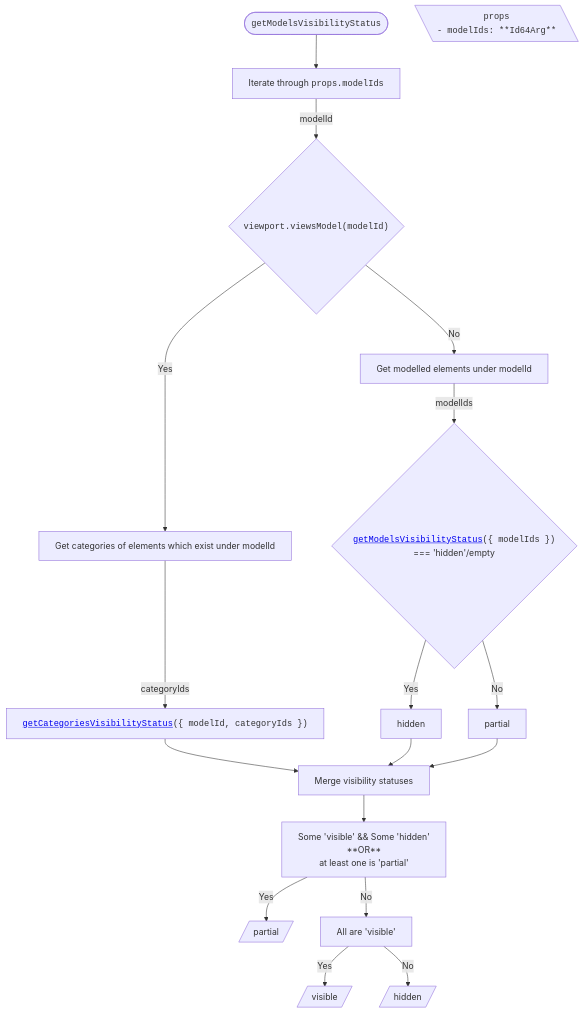
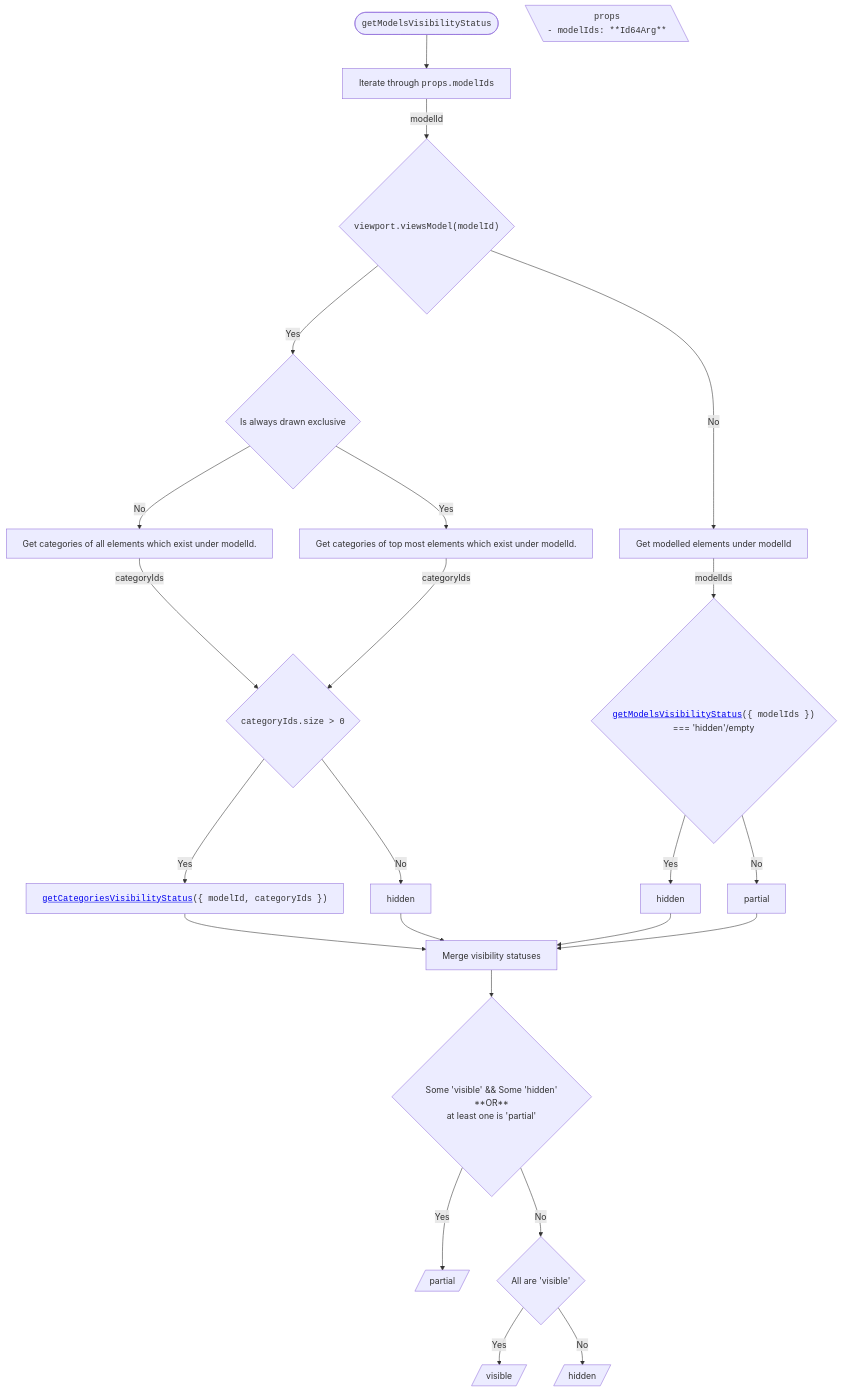
Before and after one commit to iTwin/viewer-components-react: the second of 6 diagrams in packages/itwin/tree-widget/docs/SharedVisibilityHandling.md, drawn with Mermaid. The commit also changed other lines of this file, not shown here.

Commit message:
Address comments

````diff
--- a/packages/itwin/tree-widget/docs/SharedVisibilityHandling.md
+++ b/packages/itwin/tree-widget/docs/SharedVisibilityHandling.md
@@ -75,47 +75,53 @@
 ```mermaid
 ---
 config:
   flowchart:
     wrappingWidth: 750
     useMaxWidth: false
 ---
 
 flowchart TD
   RESULT_Partial[/partial/]
   RESULT_Visible[/visible/]
   RESULT_Hidden[/hidden/]
 
   %% Start
   TITLE(["<code>getModelsVisibilityStatus</code>"]) --> A[Iterate through <code>props.modelIds</code>]
 
   PROPS[\"
     <code>props</code>
     <code style='text-align: left;'>- modelIds: **Id64Arg**</code>
   "\]
 
   A -- modelId --> B{"<code>viewport.viewsModel(modelId)</code>"}
 
   %% Branch Yes
-  B -- Yes --> C1[Get categories of elements which exist under modelId]
-  C1 -- categoryIds --> D1["<code><a href='#getcategoriesvisibilitystatus'>getCategoriesVisibilityStatus</a>({ modelId, categoryIds })</code>"]
+  B -- Yes --> C1{Is always drawn exclusive}
+  C1 -- No --> C11[Get categories of all elements which exist under modelId.]
+  C1 -- Yes --> C12[Get categories of top most elements which exist under modelId.]
+  C11 -- categoryIds --> D0{<code>categoryIds.size > 0<code/>}
+  C12 -- categoryIds --> D0
+    D0 -- Yes --> D1["<code><a href='#getcategoriesvisibilitystatus'>getCategoriesVisibilityStatus</a>({ modelId, categoryIds })</code>"]
+    D0 -- No --> E1[hidden]
 
   %% Branch No
   B -- No --> C2[Get modelled elements under modelId]
   C2 -- modelIds --> D2{"<code><a href='#getmodelsvisibilitystatus'>getModelsVisibilityStatus</a>({ modelIds })</code> <br/> === 'hidden'/empty"}
-  D2 -- Yes --> E1[hidden]
-  D2 -- No --> E2[partial]
+    D2 -- Yes --> E2[hidden]
+    D2 -- No --> E3[partial]
 
   %% Merge
   D1 --> M[Merge visibility statuses]
   E1 --> M
   E2 --> M
+  E3 --> M
 
-  M --> N[Some 'visible' && Some 'hidden' <br/> **OR** <br/> at least one is 'partial']
+  M --> N{<br/> Some 'visible' && Some 'hidden' <br/> **OR** <br/> at least one is 'partial'}
 
   N -- Yes --> RESULT_Partial
 
-  N -- No --> O[All are 'visible']
+  N -- No --> O{All are 'visible'}
 
   O -- Yes --> RESULT_Visible
   O -- No --> RESULT_Hidden
 ```
````
